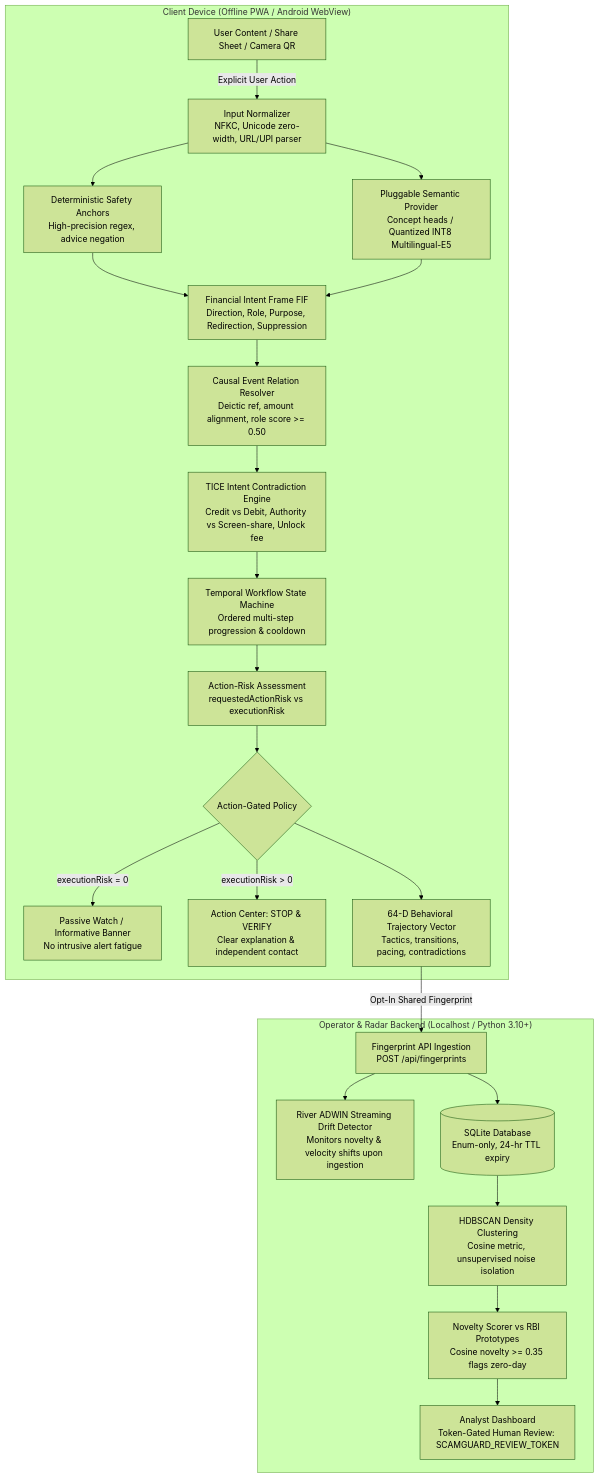
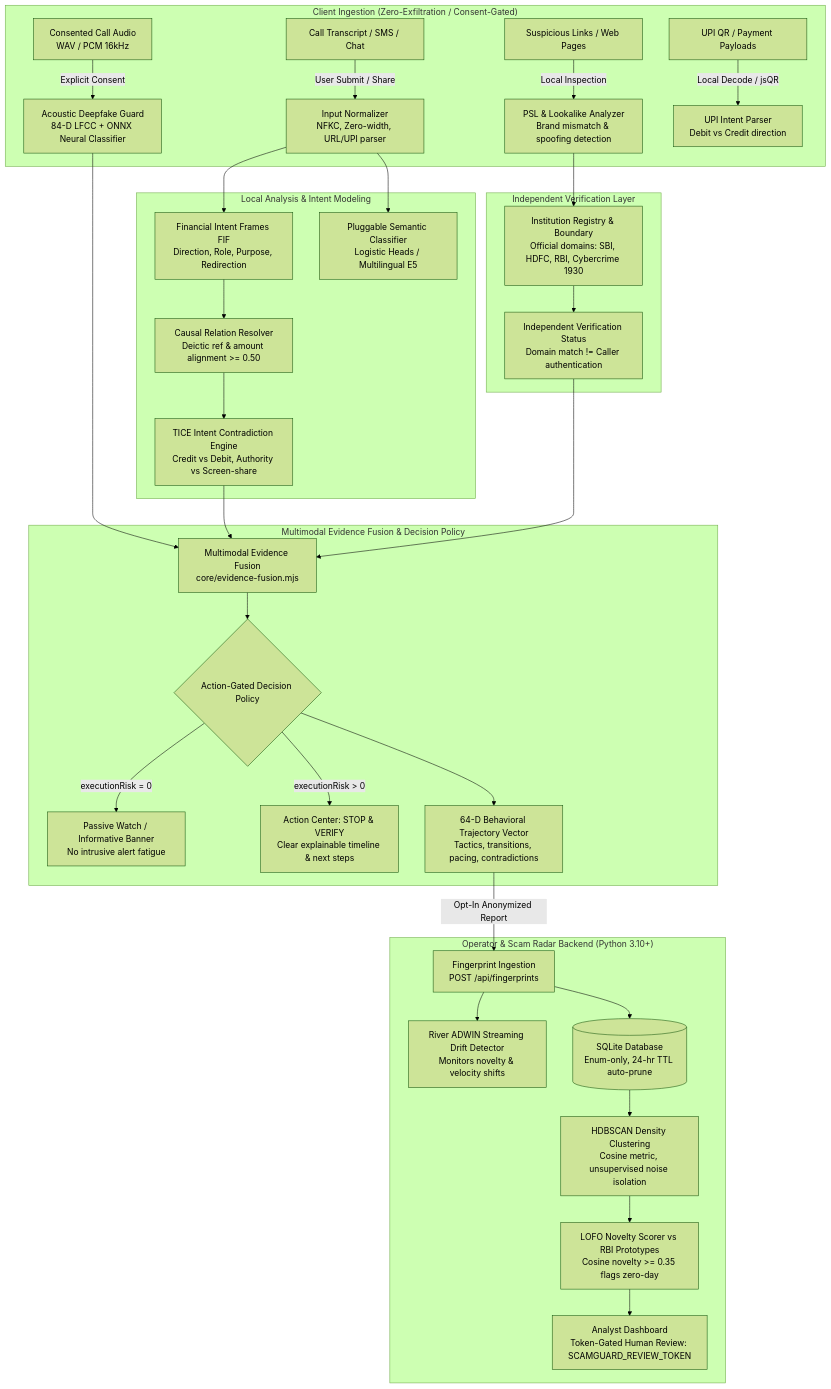
Before and after one commit to 1shu1iwari-crypto/AI-Protect: the diagram in README.md, drawn with Mermaid (forest theme). The commit also changed other lines of this file and 29 other files, not shown here.

Commit message:
feat: AI-Protect 2.0 - acoustic deepfake detection, upgraded institutional verification, and multimodal evidence fusion

````diff
--- a/README.md
+++ b/README.md
@@ -37,31 +39,42 @@
 ```mermaid
 flowchart TD
-    subgraph Client ["Client Device (Offline PWA / Android WebView)"]
-        UI[User Content / Share Sheet / Camera QR] -->|Explicit User Action| NORM[Input Normalizer<br/>NFKC, Unicode zero-width, URL/UPI parser]
-        NORM --> DET[Deterministic Safety Anchors<br/>High-precision regex, advice negation]
-        NORM --> SEM[Pluggable Semantic Provider<br/>Concept heads / Quantized INT8 Multilingual-E5]
-        
-        DET --> FIF[Financial Intent Frame FIF<br/>Direction, Role, Purpose, Redirection, Suppression]
-        SEM --> FIF
-        
-        FIF --> ERR[Causal Event Relation Resolver<br/>Deictic ref, amount alignment, role score >= 0.50]
-        ERR --> TICE[TICE Intent Contradiction Engine<br/>Credit vs Debit, Authority vs Screen-share, Unlock fee]
-        TICE --> WF[Temporal Workflow State Machine<br/>Ordered multi-step progression & cooldown]
-        
-        WF --> DUAL[Action-Risk Assessment<br/>requestedActionRisk vs executionRisk]
-        DUAL --> GATE{Action-Gated Policy}
-        GATE -->|executionRisk = 0| WATCH[Passive Watch / Informative Banner<br/>No intrusive alert fatigue]
-        GATE -->|executionRisk > 0| WARN[Action Center: STOP & VERIFY<br/>Clear explanation & independent contact]
-        
-        GATE --> TRAJ[64-D Behavioral Trajectory Vector<br/>Tactics, transitions, pacing, contradictions]
+    subgraph Ingestion ["Client Ingestion (Zero-Exfiltration / Consent-Gated)"]
+        A1[Consented Call Audio<br/>WAV / PCM 16kHz] -->|Explicit Consent| DEEP[Acoustic Deepfake Guard<br/>84-D LFCC + ONNX Neural Classifier]
+        A2[Call Transcript / SMS / Chat] -->|User Submit / Share| NORM[Input Normalizer<br/>NFKC, Zero-width, URL/UPI parser]
+        A3[Suspicious Links / Web Pages] -->|Local Inspection| PSL[PSL & Lookalike Analyzer<br/>Brand mismatch & spoofing detection]
+        A4[UPI QR / Payment Payloads] -->|Local Decode / jsQR| UPI[UPI Intent Parser<br/>Debit vs Credit direction]
     end
 
-    subgraph Backend ["Operator & Radar Backend (Localhost / Python 3.10+)"]
-        TRAJ -->|Opt-In Shared Fingerprint| INGEST[Fingerprint API Ingestion<br/>POST /api/fingerprints]
-        INGEST --> ADWIN[River ADWIN Streaming Drift Detector<br/>Monitors novelty & velocity shifts upon ingestion]
-        INGEST --> DB[(SQLite Database<br/>Enum-only, 24-hr TTL expiry)]
+    subgraph Analysis ["Local Analysis & Intent Modeling"]
+        NORM --> FIF[Financial Intent Frames FIF<br/>Direction, Role, Purpose, Redirection]
+        NORM --> SEM[Pluggable Semantic Classifier<br/>Logistic Heads / Multilingual E5]
+        FIF --> CAUSAL[Causal Relation Resolver<br/>Deictic ref & amount alignment >= 0.50]
+        CAUSAL --> TICE[TICE Intent Contradiction Engine<br/>Credit vs Debit, Authority vs Screen-share]
+    end
+
+    subgraph Verification ["Independent Verification Layer"]
+        PSL --> REG[Institution Registry & Boundary<br/>Official domains: SBI, HDFC, RBI, Cybercrime 1930]
+        REG --> INDEP[Independent Verification Status<br/>Domain match != Caller authentication]
+    end
+
+    subgraph Fusion ["Multimodal Evidence Fusion & Decision Policy"]
+        DEEP --> FUSE[Multimodal Evidence Fusion<br/>core/evidence-fusion.mjs]
+        TICE --> FUSE
+        INDEP --> FUSE
+        
+        FUSE --> POLICY{Action-Gated Decision Policy}
+        POLICY -->|executionRisk = 0| PASSIVE[Passive Watch / Informative Banner<br/>No intrusive alert fatigue]
+        POLICY -->|executionRisk > 0| WARN[Action Center: STOP & VERIFY<br/>Clear explainable timeline & next steps]
+        
+        POLICY --> TRAJ[64-D Behavioral Trajectory Vector<br/>Tactics, transitions, pacing, contradictions]
+    end
+
+    subgraph Backend ["Operator & Scam Radar Backend (Python 3.10+)"]
+        TRAJ -->|Opt-In Anonymized Report| INGEST[Fingerprint Ingestion<br/>POST /api/fingerprints]
+        INGEST --> ADWIN[River ADWIN Streaming Drift Detector<br/>Monitors novelty & velocity shifts]
+        INGEST --> DB[(SQLite Database<br/>Enum-only, 24-hr TTL auto-prune)]
         DB --> HDBSCAN[HDBSCAN Density Clustering<br/>Cosine metric, unsupervised noise isolation]
-        HDBSCAN --> LOFO[Novelty Scorer vs RBI Prototypes<br/>Cosine novelty >= 0.35 flags zero-day]
+        HDBSCAN --> LOFO[LOFO Novelty Scorer vs RBI Prototypes<br/>Cosine novelty >= 0.35 flags zero-day]
         LOFO --> DASH[Analyst Dashboard<br/>Token-Gated Human Review: SCAMGUARD_REVIEW_TOKEN]
     end
 ```
````
